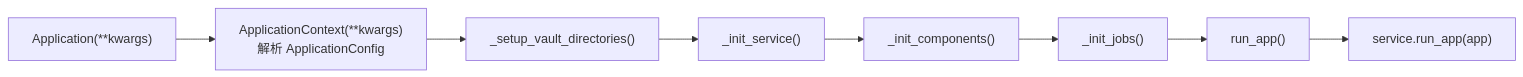
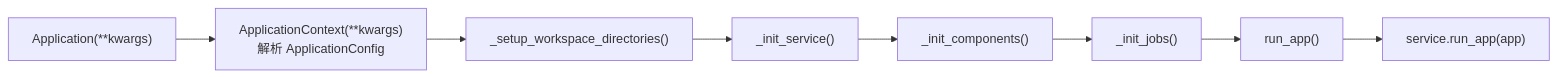
The sixth of 13 diagrams in docs/zh/framework.md (lllyyysss77/ReMe), drawn with Mermaid before and after one commit. The commit also changed other lines of this file and 94 other files, not shown here.

First line of the commit message:
docs: rename vault_dir to workspace_dir in documentation and examples (#286)

````diff
--- a/docs/zh/framework.md
+++ b/docs/zh/framework.md
@@ -258,10 +258,10 @@
 ```mermaid
 flowchart LR
     A["Application(**kwargs)"] --> B["ApplicationContext(**kwargs)<br/>解析 ApplicationConfig"]
-    B --> C["_setup_vault_directories()"]
+    B --> C["_setup_workspace_directories()"]
     C --> D["_init_service()"]
     D --> E["_init_components()"]
     E --> F["_init_jobs()"]
     F --> G["run_app()"]
     G --> H["service.run_app(app)"]
 ```
````
